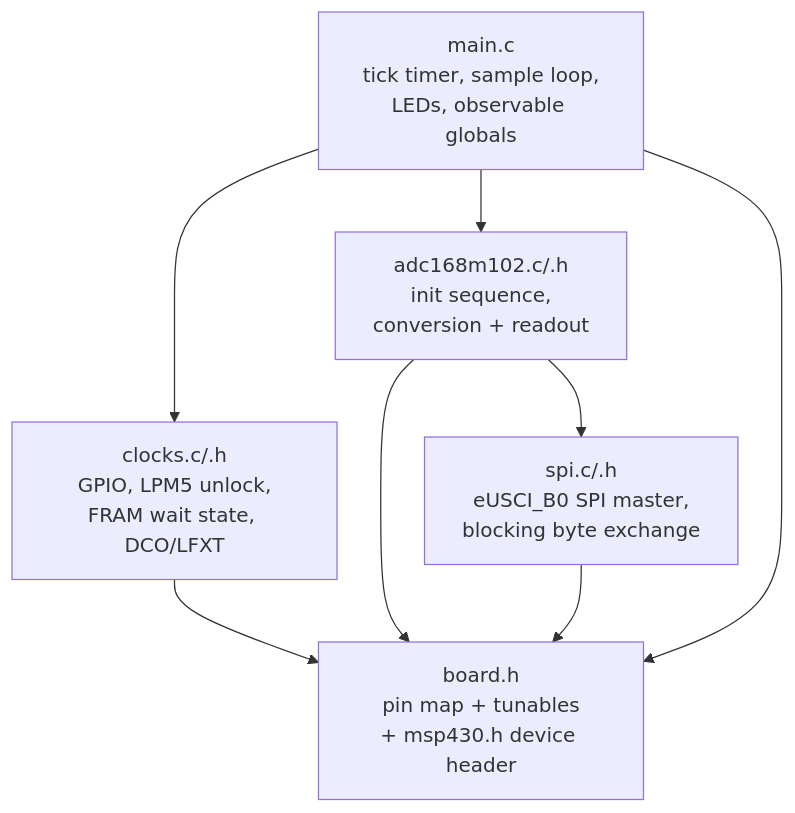
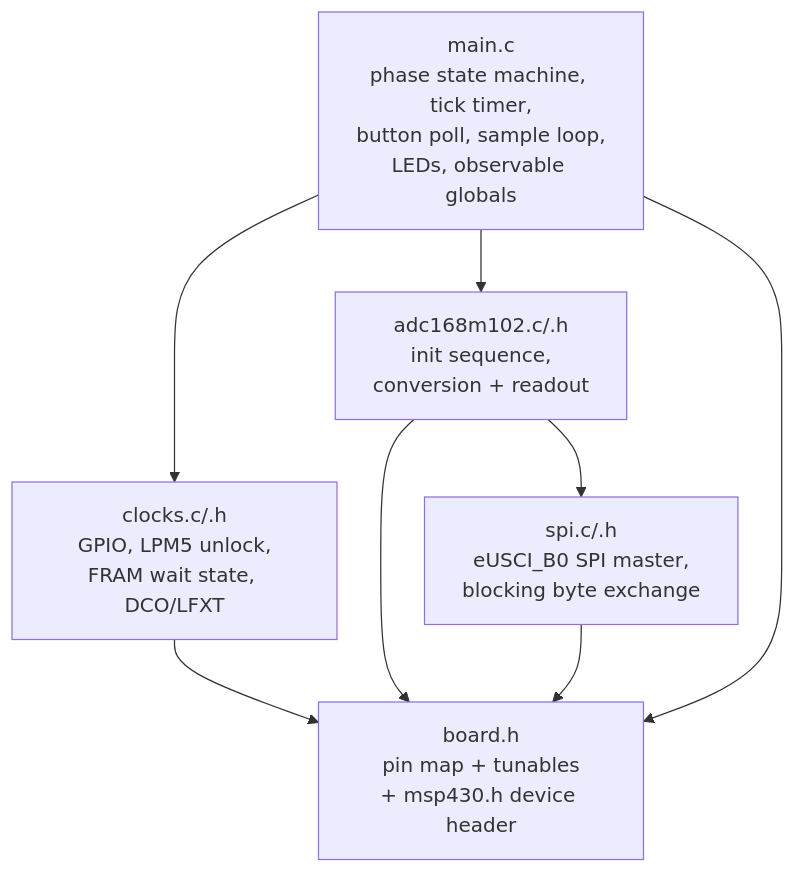
One commit to S-OConnor/MSP430_TestRepo changed the second of 13 diagrams in docs/DESIGN.md. Above: the diagram before and after it, drawn with Mermaid. The commit also changed other lines of this file and 12 other files, not shown here.

````diff
--- a/docs/DESIGN.md
+++ b/docs/DESIGN.md
@@ -150,16 +174,16 @@
 ```mermaid
 flowchart TD
-    main["main.c<br/>tick timer, sample loop,<br/>LEDs, observable globals"]
+    main["main.c<br/>phase state machine, tick timer,<br/>button poll, sample loop,<br/>LEDs, observable globals"]
     clocks["clocks.c/.h<br/>GPIO, LPM5 unlock,<br/>FRAM wait state, DCO/LFXT"]
     adc["adc168m102.c/.h<br/>init sequence,<br/>conversion + readout"]
     spi["spi.c/.h<br/>eUSCI_B0 SPI master,<br/>blocking byte exchange"]
     board["board.h<br/>pin map + tunables<br/>+ msp430.h device header"]
 
     main --> clocks
     main --> adc
     adc --> spi
     clocks --> board
     adc --> board
     spi --> board
     main --> board
 ```
````
